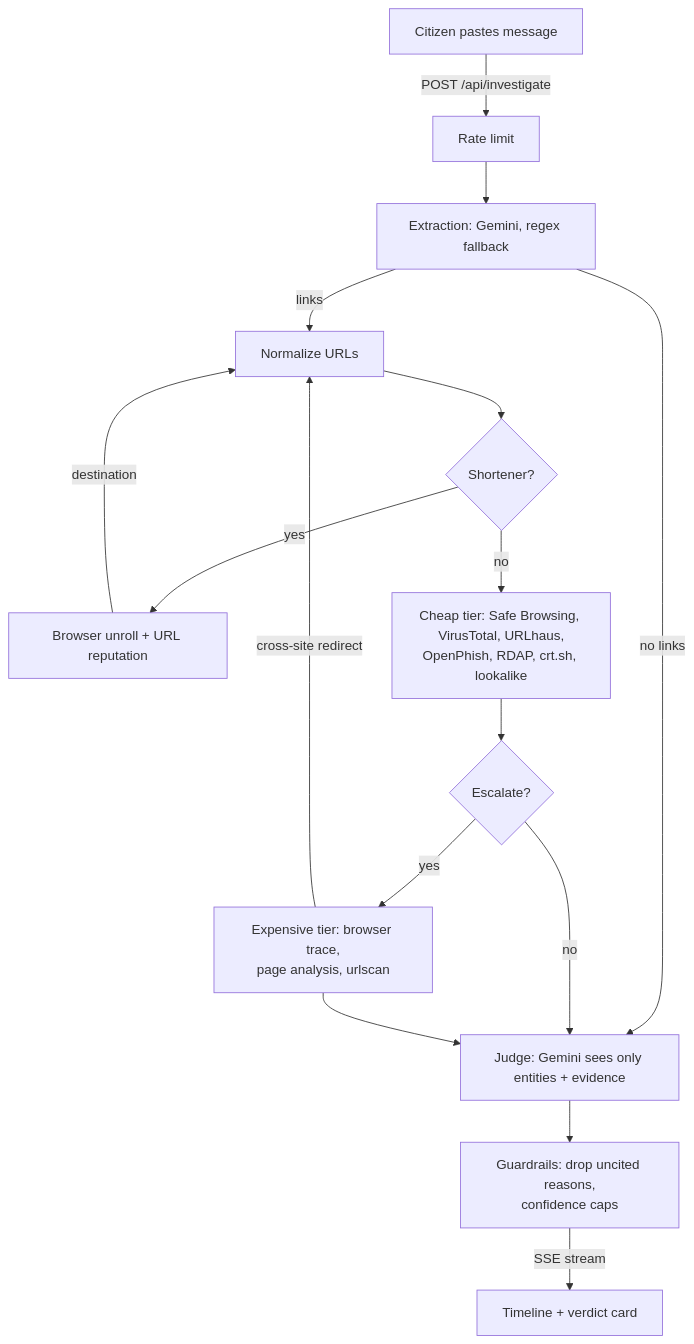
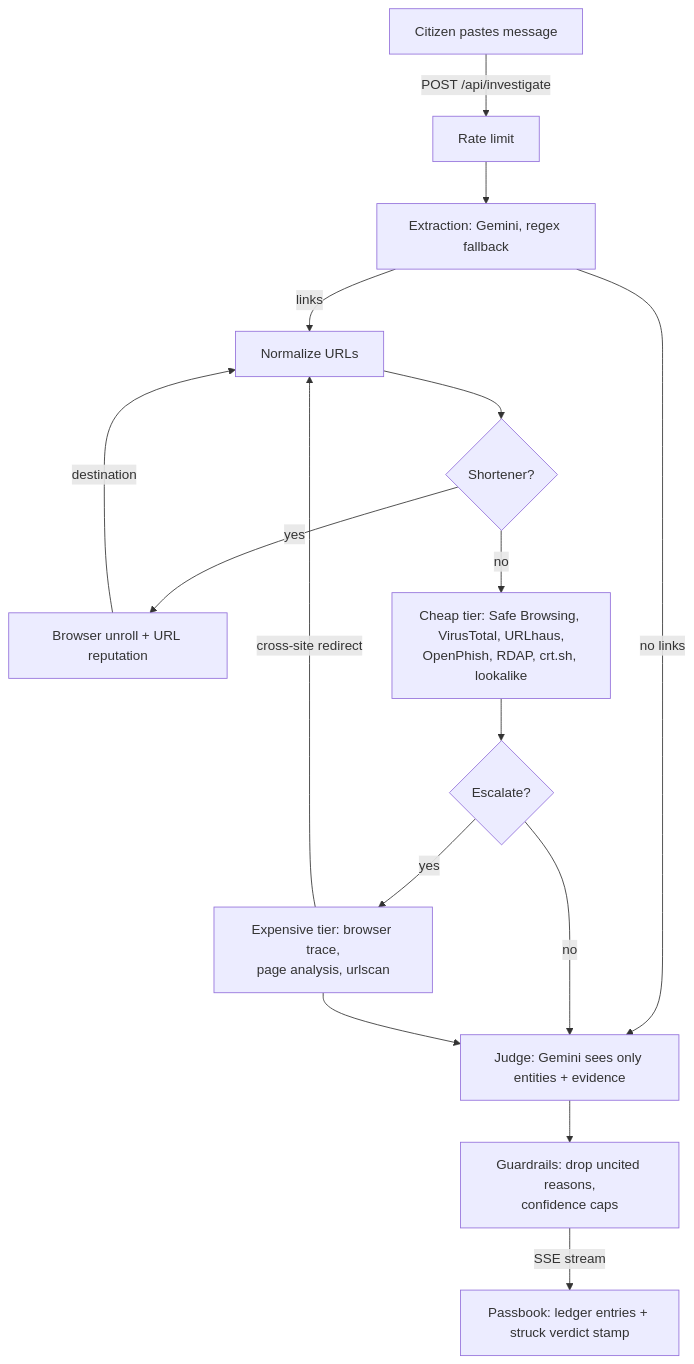
The diagram in README.md (Mohit427/scam-investigator), drawn with Mermaid before and after one commit. The commit also changed other lines of this file and 14 other files, not shown here.

````diff
--- a/README.md
+++ b/README.md
@@ -87,17 +87,17 @@
 ```mermaid
 flowchart TD
     U[Citizen pastes message] -->|POST /api/investigate| RL[Rate limit]
     RL --> X[Extraction: Gemini, regex fallback]
     X -->|links| N[Normalize URLs]
     X -->|no links| J
     N --> S{Shortener?}
     S -->|yes| B1[Browser unroll + URL reputation] -->|destination| N
     S -->|no| C[Cheap tier: Safe Browsing, VirusTotal, URLhaus,<br/>OpenPhish, RDAP, crt.sh, lookalike]
     C --> E{Escalate?}
     E -->|yes| D[Expensive tier: browser trace,<br/>page analysis, urlscan]
     D -->|cross-site redirect| N
     E -->|no| J
     D --> J[Judge: Gemini sees only entities + evidence]
     J --> V[Guardrails: drop uncited reasons,<br/>confidence caps]
-    V -->|SSE stream| UI[Timeline + verdict card]
+    V -->|SSE stream| UI[Passbook: ledger entries + struck verdict stamp]
 ```
````
